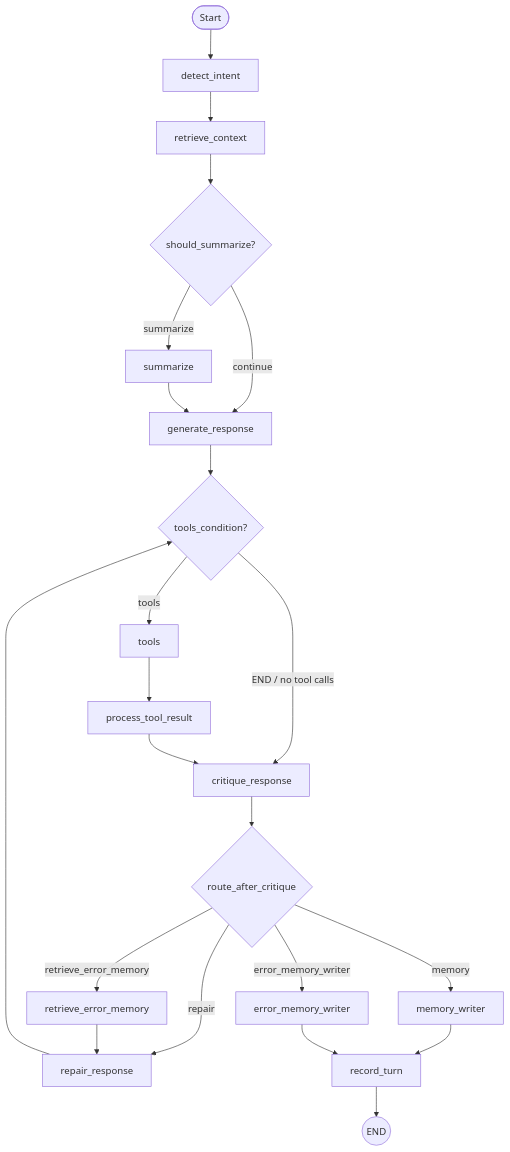
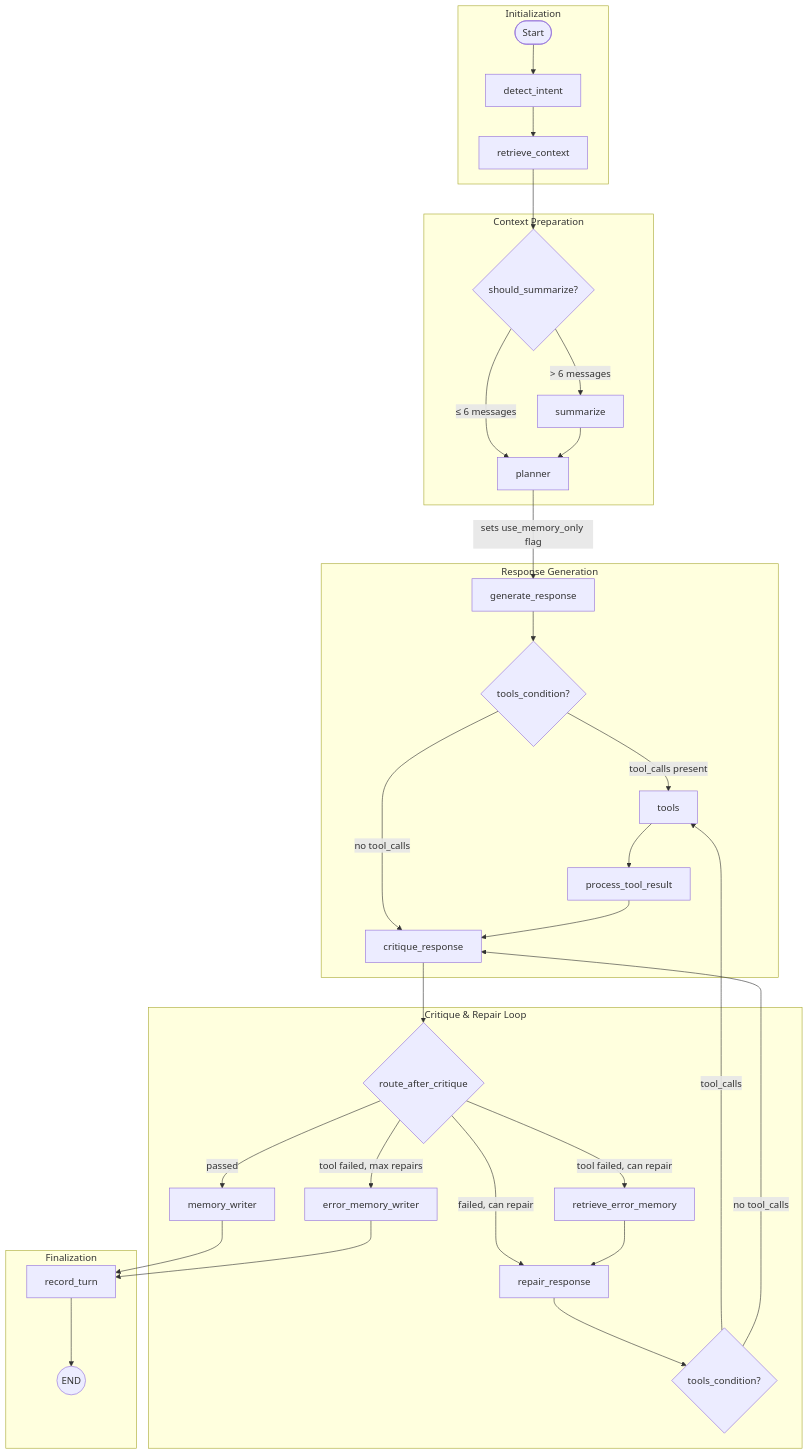
The diagram in docs/workflow-graph.md (isameerkhan12/smart-home-langgraph), drawn with Mermaid before and after one commit. The commit also changed other lines of this file and 5 other files, not shown here.

First line of the commit message:
update : added planner node -> decides whether memory is sufficient or we need to call tool and recalculate

````diff
--- a/docs/workflow-graph.md
+++ b/docs/workflow-graph.md
@@ -3,30 +3,41 @@
 ```mermaid
 flowchart TD
-    A([Start]) --> B[detect_intent]
-    B --> C[retrieve_context]
+    subgraph init["Initialization"]
+        A([Start]) --> B[detect_intent]
+        B --> C[retrieve_context]
+    end
 
-    C --> D{should_summarize?}
-    D -->|summarize| E[summarize]
-    D -->|continue| F[generate_response]
-    E --> F
+    subgraph context["Context Preparation"]
+        C --> D{should_summarize?}
+        D -->|"> 6 messages"| E[summarize]
+        D -->|"≤ 6 messages"| P[planner]
+        E --> P
+    end
 
-    F --> G{tools_condition?}
-    G -->|tools| H[tools]
-    G -->|END / no tool calls| I[critique_response]
+    subgraph generation["Response Generation"]
+        P -->|"sets use_memory_only flag"| F[generate_response]
+        F --> G{tools_condition?}
+        G -->|"tool_calls present"| H[tools]
+        G -->|"no tool_calls"| I[critique_response]
+        H --> J[process_tool_result]
+        J --> I
+    end
 
-    H --> J[process_tool_result]
-    J --> I
+    subgraph repair["Critique & Repair Loop"]
+        I --> K{route_after_critique}
+        K -->|"passed"| L[memory_writer]
+        K -->|"failed, can repair"| M[repair_response]
+        K -->|"tool failed, can repair"| N[retrieve_error_memory]
+        K -->|"tool failed, max repairs"| O[error_memory_writer]
+        N --> M
+        M --> G2{tools_condition?}
+        G2 -->|"tool_calls"| H
+        G2 -->|"no tool_calls"| I
+    end
 
-    I --> K{route_after_critique}
-    K -->|memory| L[memory_writer]
-    K -->|repair| M[repair_response]
-    K -->|retrieve_error_memory| N[retrieve_error_memory]
-    K -->|error_memory_writer| O[error_memory_writer]
-
-    N --> M
-    M --> G
-
-    L --> Q[record_turn]
-    O --> Q
-    Q --> R((END))
+    subgraph finish["Finalization"]
+        L --> Q[record_turn]
+        O --> Q
+        Q --> R((END))
+    end
 ```
````
